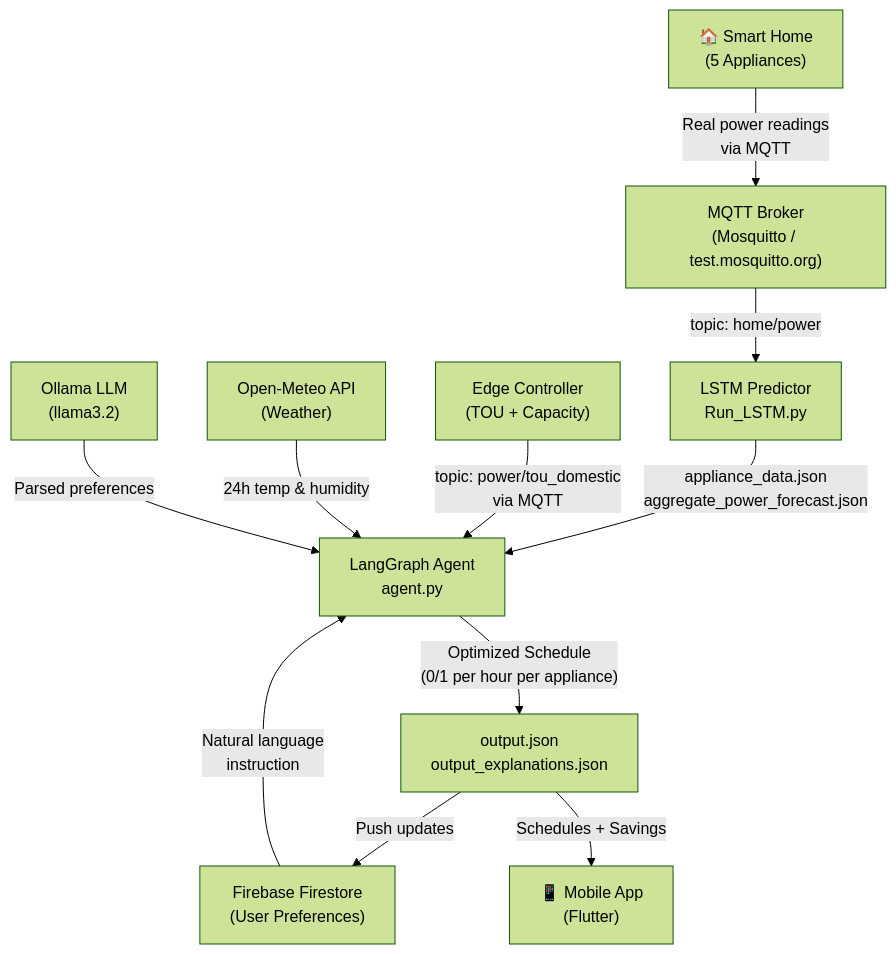
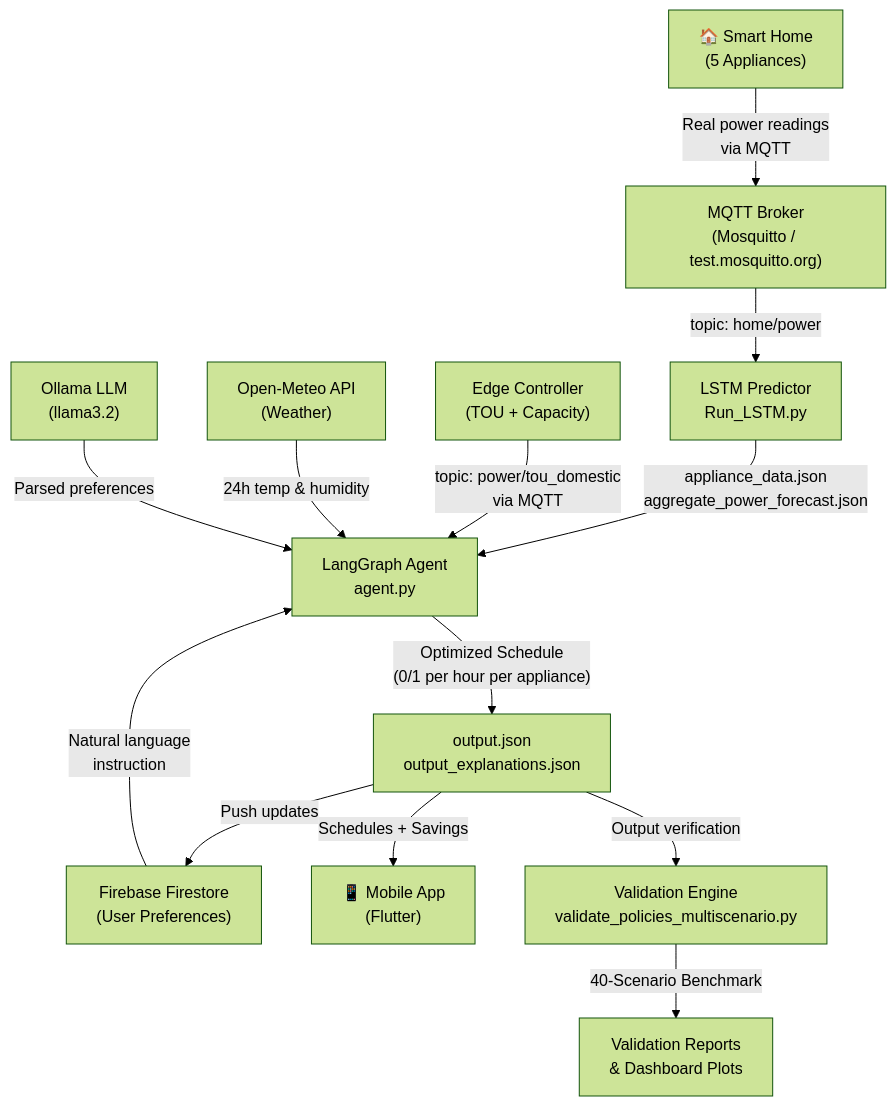
One commit to IsuruIndrajith/AI-Based-Optimized-Energy-Utilization-system-Using-Edge-Controllers changed the diagram in docs/research_flow.md. Above: the diagram before and after it, drawn with Mermaid (forest theme). The commit also changed other lines of this file and 1 other file, not shown here.

Commit message:
docs: add research architecture and LSTM operational documentation

````diff
--- a/docs/research_flow.md
+++ b/docs/research_flow.md
@@ -12,15 +12,17 @@
 ```mermaid
 flowchart TD
     A["🏠 Smart Home\n(5 Appliances)"] -->|"Real power readings\nvia MQTT"| B["MQTT Broker\n(Mosquitto / test.mosquitto.org)"]
     B -->|"topic: home/power"| C["LSTM Predictor\nRun_LSTM.py"]
     C -->|"appliance_data.json\naggregate_power_forecast.json"| D["LangGraph Agent\nagent.py"]
     
     E["Edge Controller\n(TOU + Capacity)"] -->|"topic: power/tou_domestic\nvia MQTT"| D
     F["Open-Meteo API\n(Weather)"] -->|"24h temp & humidity"| D
     G["Firebase Firestore\n(User Preferences)"] -->|"Natural language\ninstruction"| D
     H["Ollama LLM\n(llama3.2)"] -->|"Parsed preferences"| D
     
     D -->|"Optimized Schedule\n(0/1 per hour per appliance)"| I["output.json\noutput_explanations.json"]
     I -->|"Push updates"| G
     I -->|"Schedules + Savings"| J["📱 Mobile App\n(Flutter)"]
+    I -->|"Output verification"| K["Validation Engine\nvalidate_policies_multiscenario.py"]
+    K -->|"40-Scenario Benchmark"| L["Validation Reports\n& Dashboard Plots"]
 ```
````
